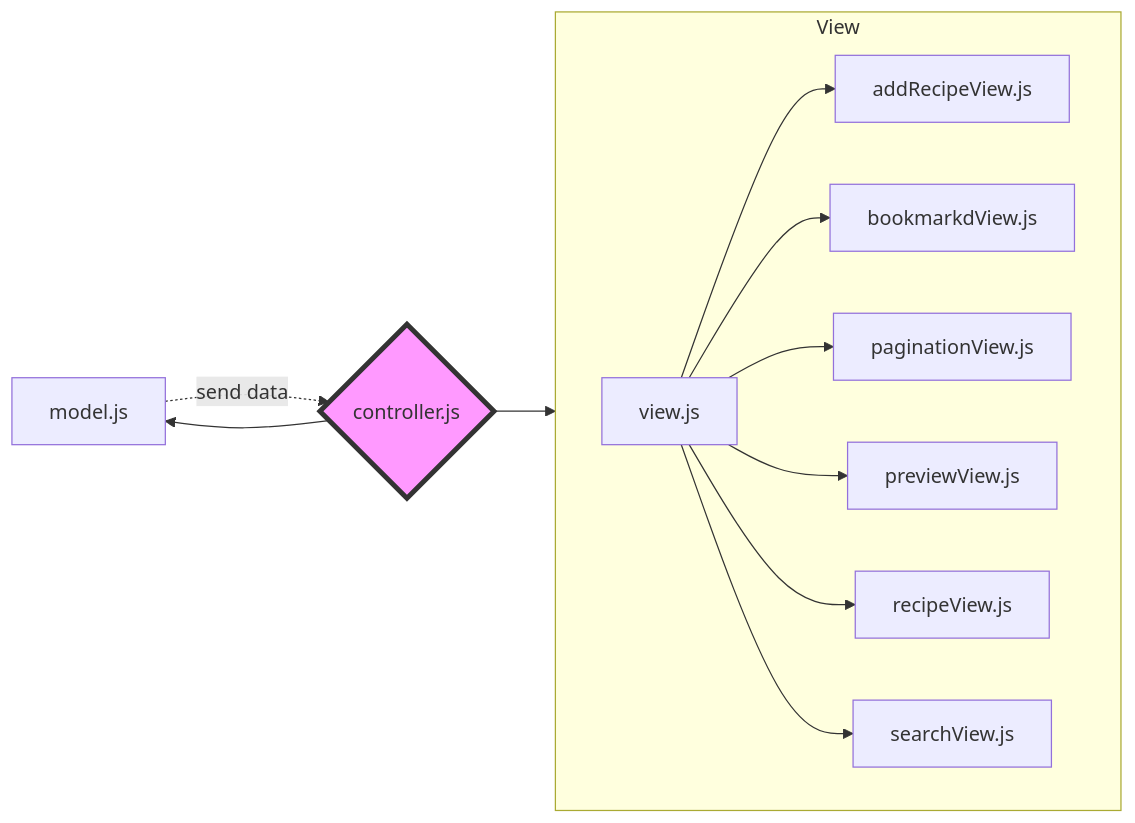
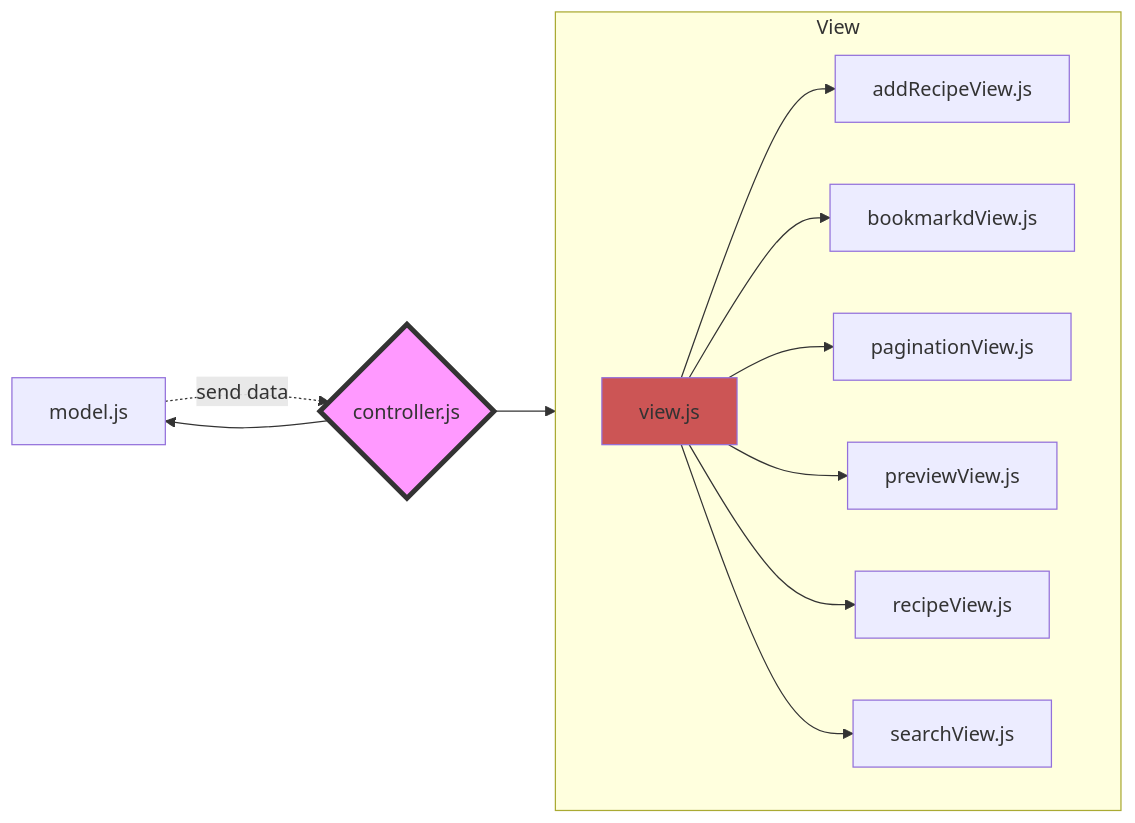
One commit to TorinZhou/Study-Notes changed the second of 2 diagrams in mermaidTest.md. Above: the diagram before and after it, drawn with Mermaid.

````diff
--- a/mermaidTest.md
+++ b/mermaidTest.md
@@ -16,17 +16,19 @@
 ```mermaid
 flowchart LR
   model.js -.send data.-> controller.js{controller.js}
-  controller.js{controller.js} --> model.js
+  controller.js{controller.js}:::someclass --> model.js
   controller.js{controller.js} --> View
   subgraph View
   direction LR
-  view.js --> addRecipeView.js
+  view.js:::viewclass --> addRecipeView.js
   view.js --> bookmarkdView.js
   view.js --> paginationView.js
   view.js --> previewView.js
   view.js --> recipeView.js
   view.js --> searchView.js
+  classDef someclass fill:#f96;
+  classDef viewclass fill:#c55;
   end
 
 style controller.js fill:#f9f,stroke:#333,stroke-width:4px
 ```
````
